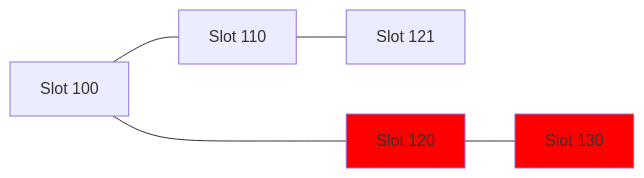
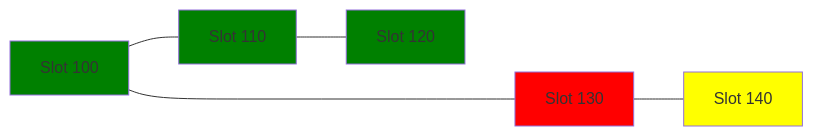
The fourth of 10 diagrams in rust/rbac-registration/examples.md (input-output-hk/catalyst-libs), drawn with Mermaid before and after one commit. The commit also changed other lines of this file, not shown here.

````diff
--- a/rust/rbac-registration/examples.md
+++ b/rust/rbac-registration/examples.md
@@ -81,7 +92,10 @@
 ```mermaid
 flowchart LR
-    Root[Slot 100] --- R1[Slot 110] --- R2[Slot 121]
-    Root ---- R3[Slot 120] --- R4[Slot 130]
+    Root[Slot 100] --- R1[Slot 110] --- R2[Slot 120]
+    Root ----- R3[Slot 130] --- R4[Slot 140]
+    style Root fill: green
+    style R1 fill: green
+    style R2 fill: green
     style R3 fill: red
-    style R4 fill: red
+    style R4 fill: yellow
 ```
````
